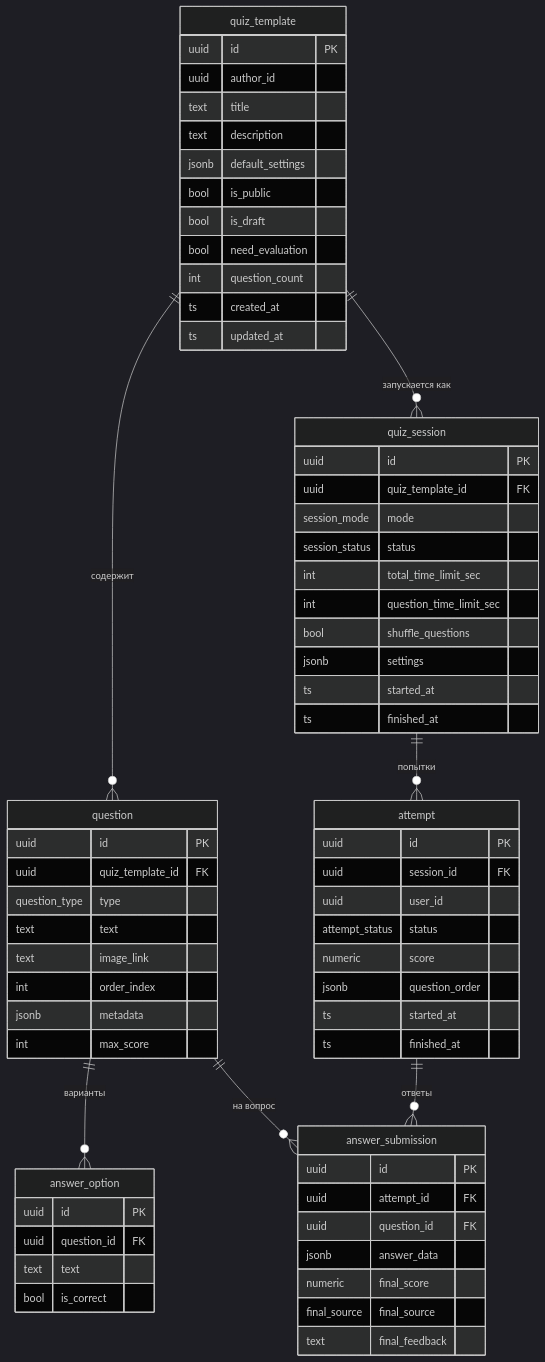
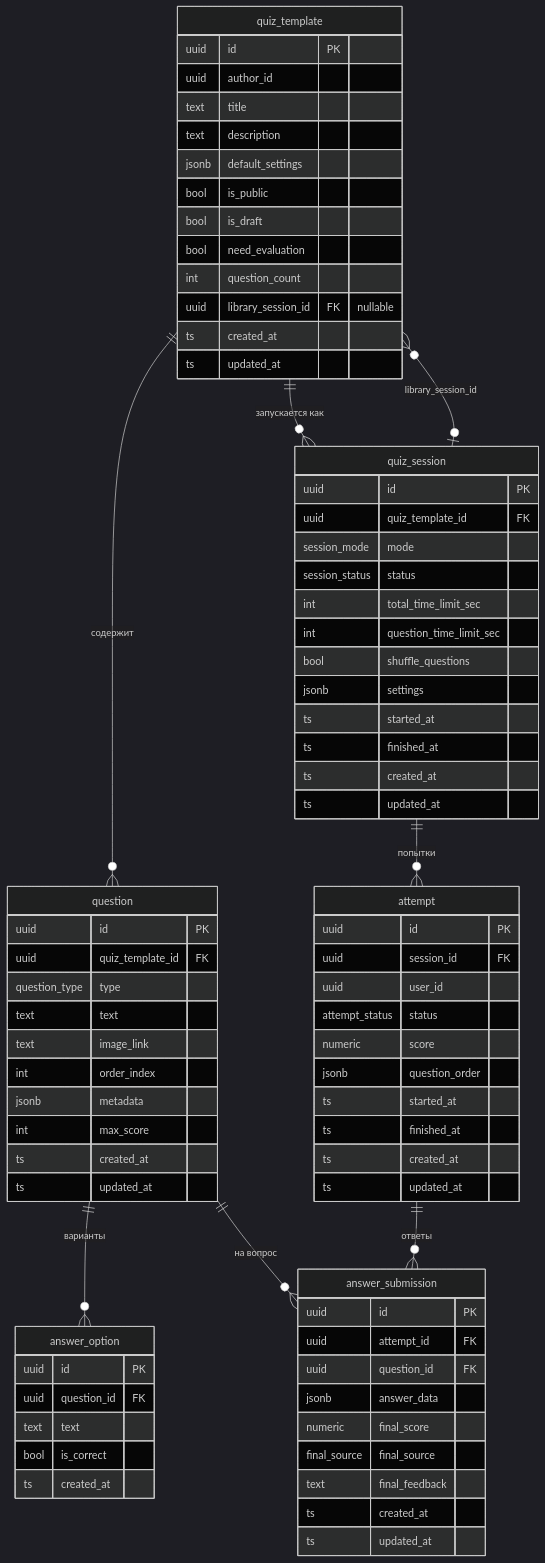
One commit to OlympGuideTeam/edium-backend changed the diagram in riddler/SCHEMA.md. Above: the diagram before and after it, drawn with Mermaid (dark theme). The commit also changed other lines of this file, not shown here.

Commit message:
SCHEMA.md: убрана таблица task

````diff
--- a/riddler/SCHEMA.md
+++ b/riddler/SCHEMA.md
@@ -5,7 +5,7 @@
 ```mermaid
 erDiagram
     quiz_template {
-        uuid    id               PK
+        uuid    id                  PK
         uuid    author_id
         text    title
         text    description
@@ -14,6 +14,7 @@
         bool    is_draft
         bool    need_evaluation
         int     question_count
+        uuid    library_session_id  FK "nullable"
         ts      created_at
         ts      updated_at
     }
@@ -27,6 +28,8 @@
         int           order_index
         jsonb         metadata
         int           max_score
+        ts            created_at
+        ts            updated_at
     }
 
     answer_option {
@@ -34,6 +37,7 @@
         uuid question_id FK
         text text
         bool is_correct
+        ts   created_at
     }
 
     quiz_session {
@@ -47,6 +51,8 @@
         jsonb          settings
         ts             started_at
         ts             finished_at
+        ts             created_at
+        ts             updated_at
     }
 
     attempt {
@@ -58,6 +64,8 @@
         jsonb          question_order
         ts             started_at
         ts             finished_at
+        ts             created_at
+        ts             updated_at
     }
 
     answer_submission {
@@ -68,11 +76,14 @@
         numeric      final_score
         final_source final_source
         text         final_feedback
+        ts           created_at
+        ts           updated_at
     }
 
     quiz_template   ||--o{ question         : "содержит"
     question        ||--o{ answer_option    : "варианты"
     quiz_template   ||--o{ quiz_session     : "запускается как"
+    quiz_template   }o--o| quiz_session     : "library_session_id"
     quiz_session    ||--o{ attempt          : "попытки"
     attempt         ||--o{ answer_submission : "ответы"
     question        ||--o{ answer_submission : "на вопрос"
````
